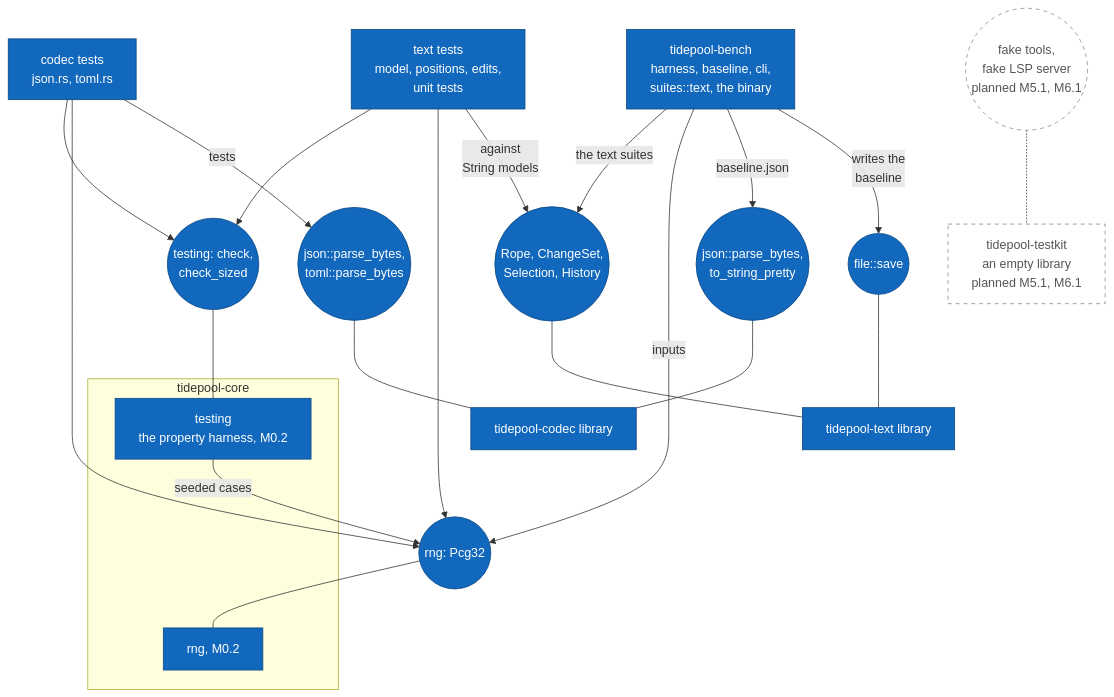
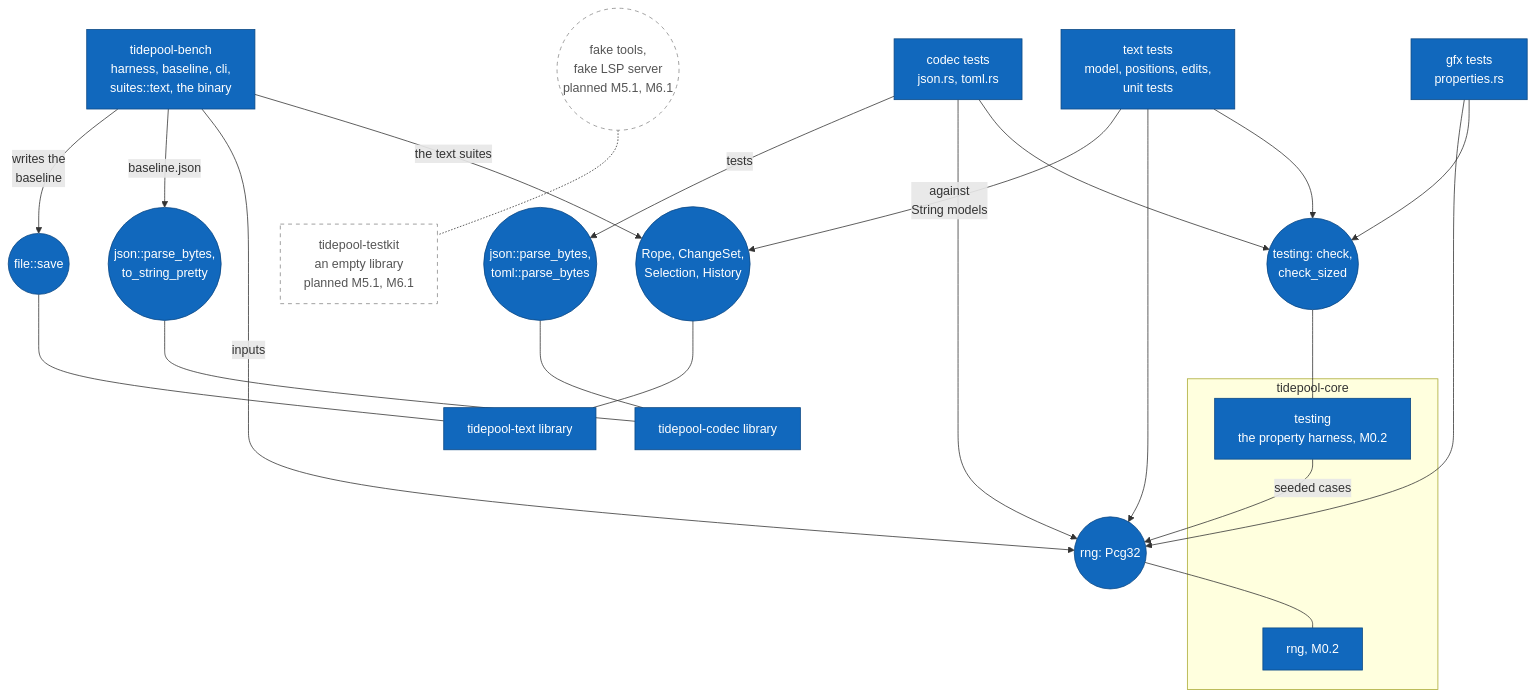
Before and after one commit to jabbott-iii/Tidepool: diagram 21 of 21 in diagrams/component-diagrams.md, drawn with Mermaid. The commit also changed other lines of this file and 28 other files, not shown here.

````diff
--- a/diagrams/component-diagrams.md
+++ b/diagrams/component-diagrams.md
@@ -1171,49 +1179,52 @@
 ```mermaid
 flowchart TB
     c_ctests["codec tests<br/>json.rs, toml.rs"]
     c_ttests["text tests<br/>model, positions, edits,<br/>unit tests"]
+    c_gtests["gfx tests<br/>properties.rs"]
     c_bench["tidepool-bench<br/>harness, baseline, cli,<br/>suites::text, the binary"]
 
     i_check(("testing: check,<br/>check_sized"))
     i_pcg(("rng: Pcg32"))
     i_cparse(("json::parse_bytes,<br/>toml::parse_bytes"))
     i_tall(("Rope, ChangeSet,<br/>Selection, History"))
     i_bjson(("json::parse_bytes,<br/>to_string_pretty"))
     i_save(("file::save"))
 
     subgraph sg_core["tidepool-core"]
         c_testing["testing<br/>the property harness, M0.2"]
         c_rng["rng, M0.2"]
     end
     c_codec["tidepool-codec library"]
     c_text["tidepool-text library"]
 
     c_testkit["tidepool-testkit<br/>an empty library<br/>planned M5.1, M6.1"]
     i_fakes(("fake tools,<br/>fake LSP server<br/>planned M5.1, M6.1"))
 
     c_ctests --> i_check
     c_ctests --> i_pcg
     c_ctests -->|"tests"| i_cparse
     c_ttests --> i_check
     c_ttests --> i_pcg
     c_ttests -->|"against<br/>String models"| i_tall
+    c_gtests --> i_check
+    c_gtests --> i_pcg
     c_bench -->|"the text suites"| i_tall
     c_bench -->|"inputs"| i_pcg
     c_bench -->|"baseline.json"| i_bjson
     c_bench -->|"writes the<br/>baseline"| i_save
 
     i_check --- c_testing
     c_testing -->|"seeded cases"| i_pcg
     i_pcg --- c_rng
     i_cparse --- c_codec
     i_bjson --- c_codec
     i_tall --- c_text
     i_save --- c_text
     i_fakes -.- c_testkit
 
     classDef built fill:#1168bd,stroke:#0b4884,color:#ffffff
     classDef planned fill:#ffffff,stroke:#888888,stroke-dasharray: 5 5,color:#555555
-    class c_ctests,c_ttests,c_bench,c_testing,c_rng,c_codec,c_text built
+    class c_ctests,c_ttests,c_gtests,c_bench,c_testing,c_rng,c_codec,c_text built
     class i_check,i_pcg,i_cparse,i_tall,i_bjson,i_save built
     class c_testkit,i_fakes planned
 ```
````
